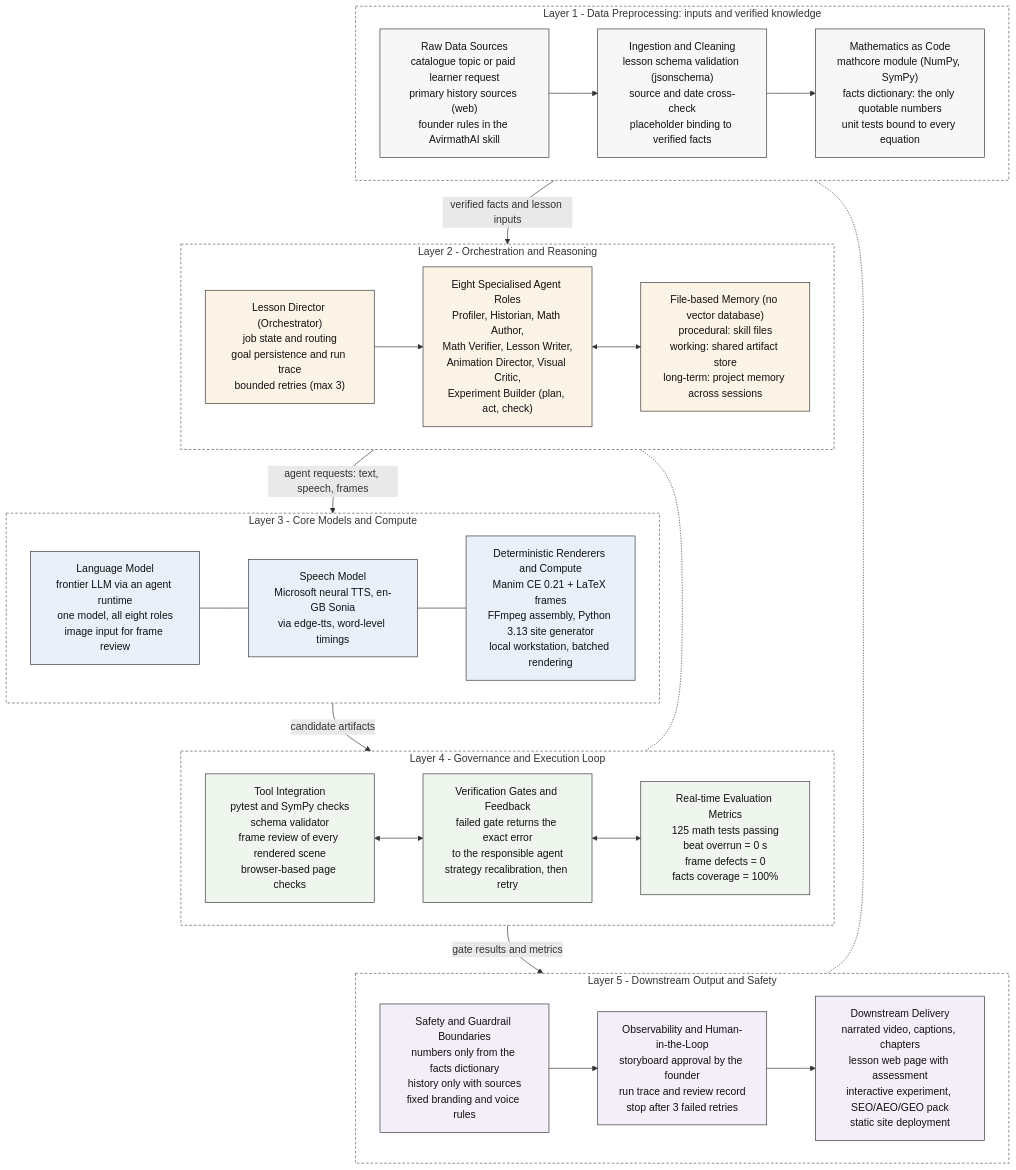
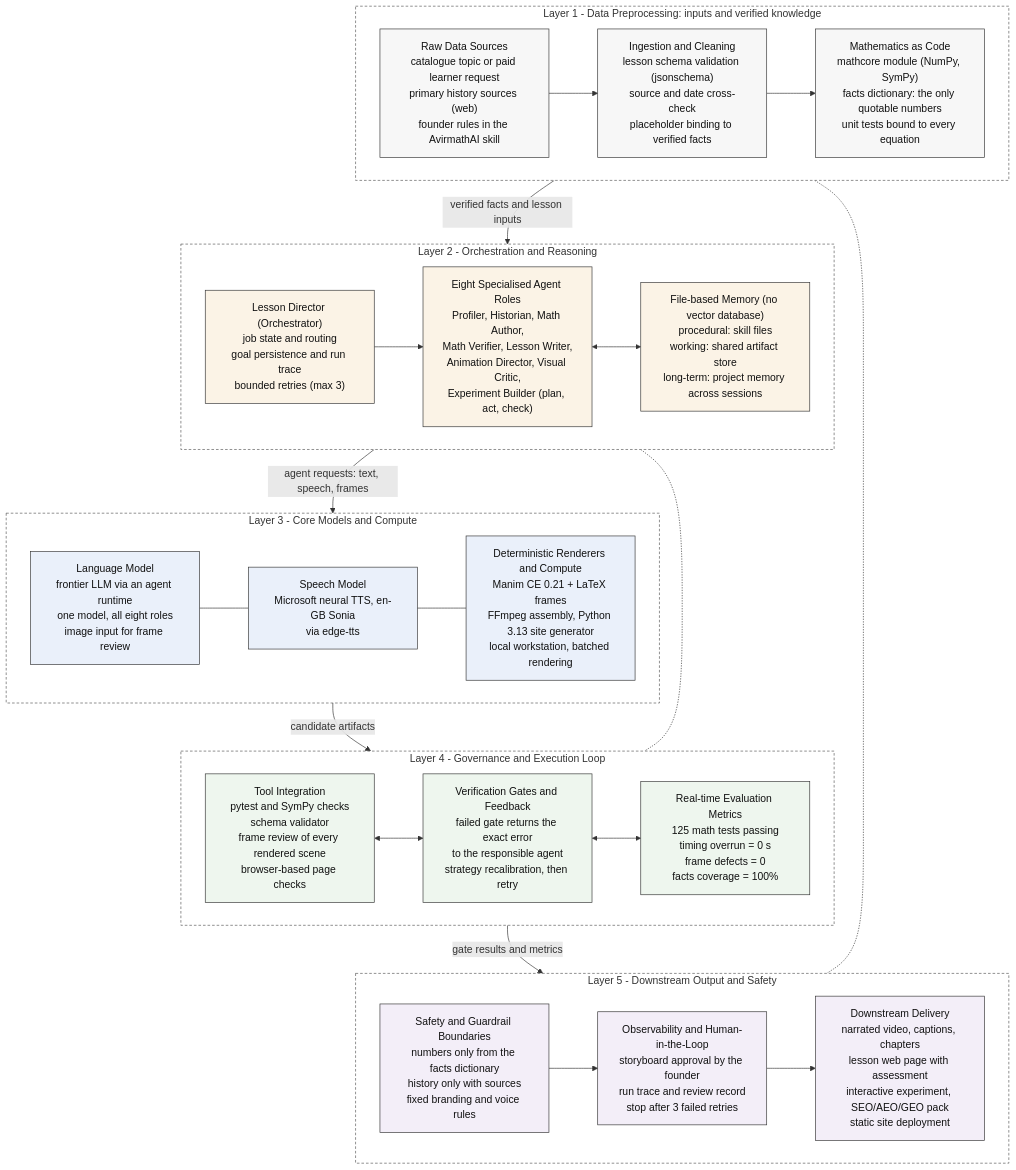
Before and after one commit to gangadeviai/avirmath-ai-showcase: the diagram in docs/figures/architecture_ieee.mmd, drawn with Mermaid. The commit also changed 4 other files, not shown here.

Commit message:
Showcase figure: neutral speech-model and metric labels

```diff
--- a/docs/figures/architecture_ieee.mmd
+++ b/docs/figures/architecture_ieee.mmd
@@ -1,74 +1,74 @@
 %% AVIRMATH AI - five-layer workflow architecture (IEEE Transactions style, print-safe palette)
 %% Layers are connected as whole blocks so that each layer keeps its left-to-right order.
 flowchart TD
 
     subgraph L1["Layer 1 - Data Preprocessing: inputs and verified knowledge"]
         direction LR
         S1["Raw Data Sources<br/>catalogue topic or paid learner request<br/>primary history sources (web)<br/>founder rules in the AvirmathAI skill"]
         S2["Ingestion and Cleaning<br/>lesson schema validation (jsonschema)<br/>source and date cross-check<br/>placeholder binding to verified facts"]
         S3["Mathematics as Code<br/>mathcore module (NumPy, SymPy)<br/>facts dictionary: the only quotable numbers<br/>unit tests bound to every equation"]
         S1 --> S2 --> S3
     end
 
     subgraph L2["Layer 2 - Orchestration and Reasoning"]
         direction LR
         O1["Lesson Director (Orchestrator)<br/>job state and routing<br/>goal persistence and run trace<br/>bounded retries (max 3)"]
         O2["Eight Specialised Agent Roles<br/>Profiler, Historian, Math Author,<br/>Math Verifier, Lesson Writer,<br/>Animation Director, Visual Critic,<br/>Experiment Builder (plan, act, check)"]
         O3["File-based Memory (no vector database)<br/>procedural: skill files<br/>working: shared artifact store<br/>long-term: project memory across sessions"]
         O1 --> O2
         O2 <--> O3
     end
 
     subgraph L3["Layer 3 - Core Models and Compute"]
         direction LR
         M1["Language Model<br/>frontier LLM via an agent runtime<br/>one model, all eight roles<br/>image input for frame review"]
-        M2["Speech Model<br/>Microsoft neural TTS, en-GB Sonia<br/>via edge-tts, word-level timings"]
+        M2["Speech Model<br/>Microsoft neural TTS, en-GB Sonia<br/>via edge-tts"]
         M3["Deterministic Renderers and Compute<br/>Manim CE 0.21 + LaTeX frames<br/>FFmpeg assembly, Python 3.13 site generator<br/>local workstation, batched rendering"]
         M1 --- M2 --- M3
     end
 
     subgraph L4["Layer 4 - Governance and Execution Loop"]
         direction LR
         G1["Tool Integration<br/>pytest and SymPy checks<br/>schema validator<br/>frame review of every rendered scene<br/>browser-based page checks"]
         G2["Verification Gates and Feedback<br/>failed gate returns the exact error<br/>to the responsible agent<br/>strategy recalibration, then retry"]
-        G3["Real-time Evaluation Metrics<br/>125 math tests passing<br/>beat overrun = 0 s<br/>frame defects = 0<br/>facts coverage = 100%"]
+        G3["Real-time Evaluation Metrics<br/>125 math tests passing<br/>timing overrun = 0 s<br/>frame defects = 0<br/>facts coverage = 100%"]
         G1 <--> G2
         G2 <--> G3
     end
 
     subgraph L5["Layer 5 - Downstream Output and Safety"]
         direction LR
         D1["Safety and Guardrail Boundaries<br/>numbers only from the facts dictionary<br/>history only with sources<br/>fixed branding and voice rules"]
         D2["Observability and Human-in-the-Loop<br/>storyboard approval by the founder<br/>run trace and review record<br/>stop after 3 failed retries"]
         D3["Downstream Delivery<br/>narrated video, captions, chapters<br/>lesson web page with assessment<br/>interactive experiment, SEO/AEO/GEO pack<br/>static site deployment"]
         D1 --> D2 --> D3
     end
 
     %% Inter-layer flow (block to block, so each layer keeps its row layout)
     L1 -->|"verified facts and lesson inputs"| L2
     L2 -->|"agent requests: text, speech, frames"| L3
     L3 -->|"candidate artifacts"| L4
     L4 -->|"gate results and metrics"| L5
     %% Feedback loops (dotted). Written as start-arrows so the layers keep their 1-to-5 order:
     %% a failed gate returns the error to the agents; learner feedback and on-demand requests return to the inputs.
     L2 <-.- L4
     L1 <-.- L5
 
     %% Styling: soft desaturated fills, thin dark borders, print-safe
     classDef data fill:#F7F7F7,stroke:#333333,stroke-width:1px,color:#111111
     classDef orch fill:#FBF3E6,stroke:#333333,stroke-width:1px,color:#111111
     classDef model fill:#EAF0FA,stroke:#333333,stroke-width:1px,color:#111111
     classDef gov fill:#EEF6EE,stroke:#333333,stroke-width:1px,color:#111111
     classDef out fill:#F3EEF8,stroke:#333333,stroke-width:1px,color:#111111
 
     class S1,S2,S3 data
     class O1,O2,O3 orch
     class M1,M2,M3 model
     class G1,G2,G3 gov
     class D1,D2,D3 out
 
     style L1 fill:#FFFFFF,stroke:#555555,stroke-width:1px,stroke-dasharray:4 3
     style L2 fill:#FFFFFF,stroke:#555555,stroke-width:1px,stroke-dasharray:4 3
     style L3 fill:#FFFFFF,stroke:#555555,stroke-width:1px,stroke-dasharray:4 3
     style L4 fill:#FFFFFF,stroke:#555555,stroke-width:1px,stroke-dasharray:4 3
     style L5 fill:#FFFFFF,stroke:#555555,stroke-width:1px,stroke-dasharray:4 3
```
